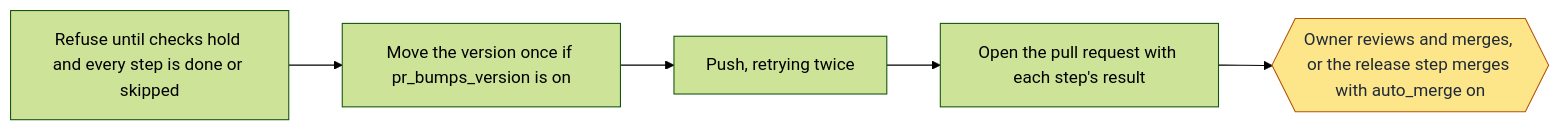
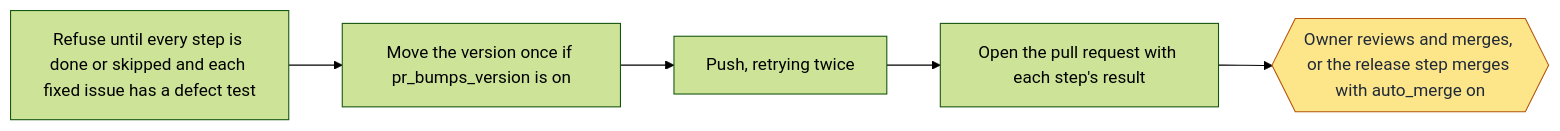
Before and after one commit to jcl2018/agent-workflow-template: the seventh of 11 diagrams in skills/workflow-delivery/references/commands.md, drawn with Mermaid (forest theme). The commit also changed other lines of this file and 48 other files, not shown here.

Commit message:
Defect tests: categories, delivery gate, health rule, worker release, no checks step

````diff
--- a/skills/workflow-delivery/references/commands.md
+++ b/skills/workflow-delivery/references/commands.md
@@ -193,14 +171,14 @@
 ```mermaid
 flowchart LR
-  a["Refuse until checks hold and every step is done or skipped"]
+  a["Refuse until every step is done or skipped and each fixed issue has a defect test"]
   b["Move the version once if pr_bumps_version is on"]
   c["Push, retrying twice"]
   d["Open the pull request with each step's result"]
   o{{"Owner reviews and merges, or the release step merges with auto_merge on"}}
   a --> b
   b --> c
   c --> d
   d --> o
   classDef owner fill:#fde68a,stroke:#b45309,color:#1f2937
   class o owner
 ```
````
